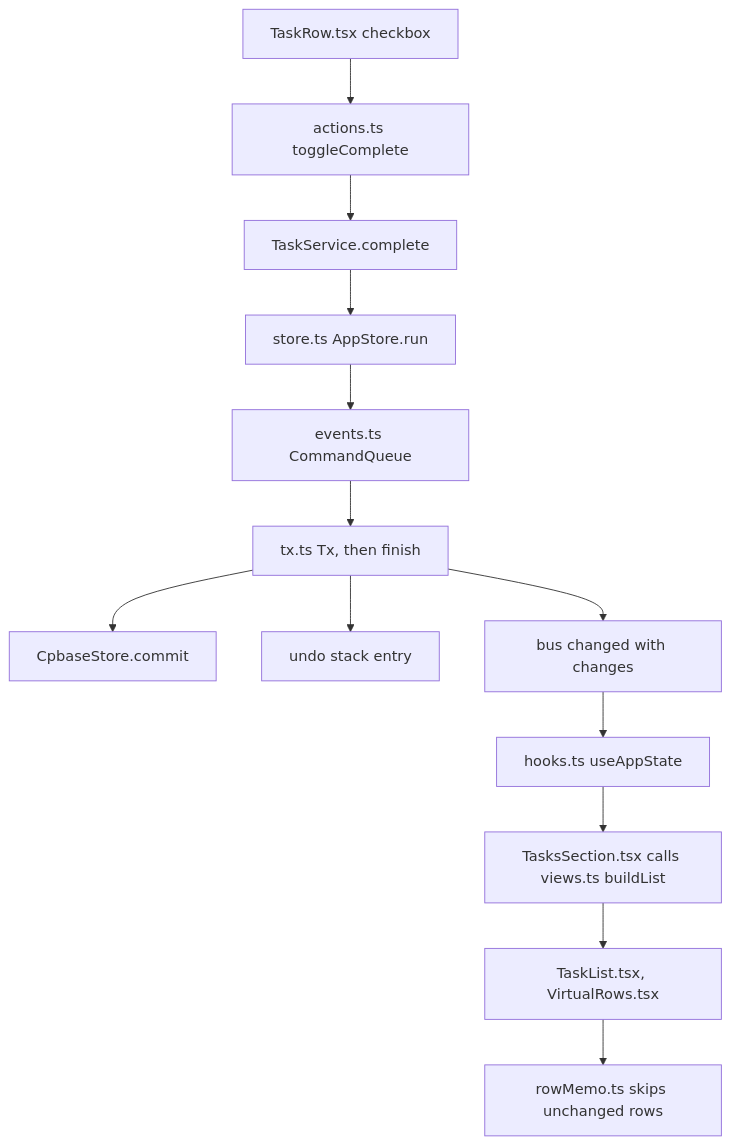
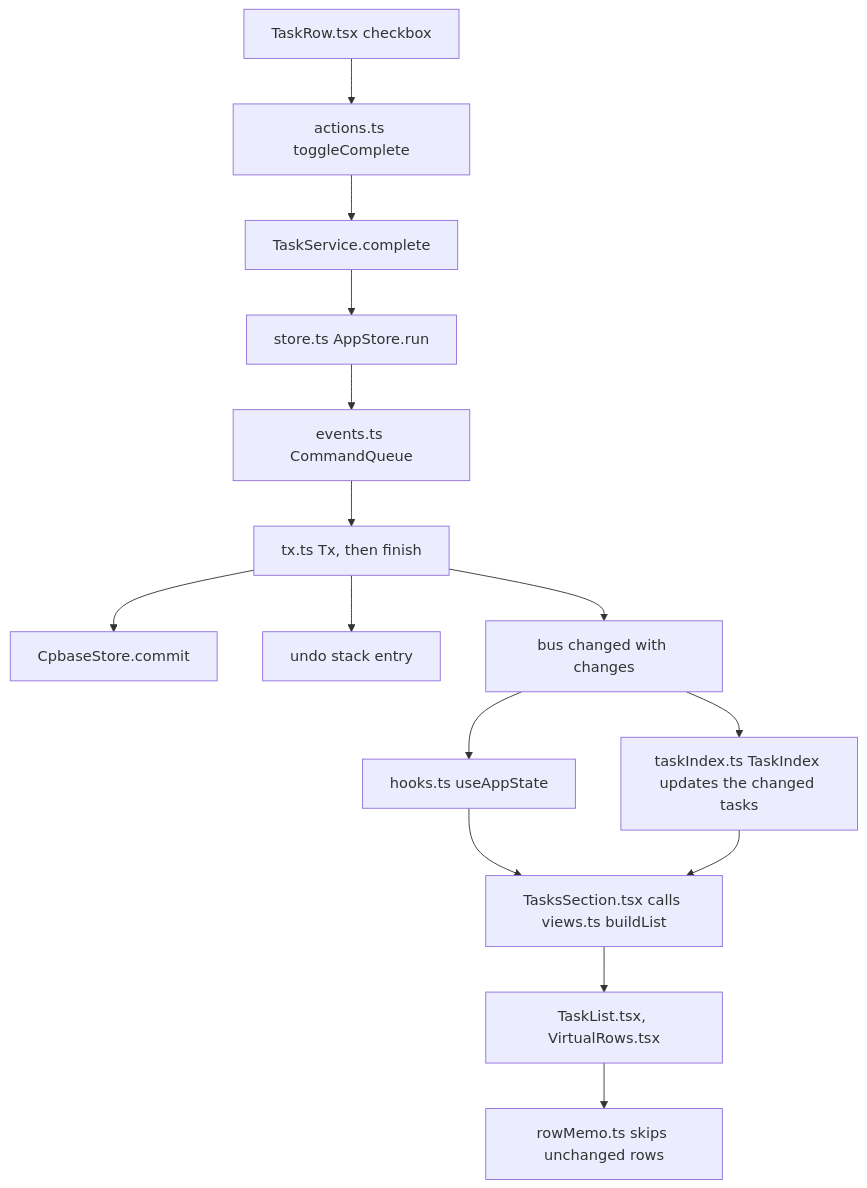
The second of 4 diagrams in docs/development/architecture.md (MHElnour/logwell), drawn with Mermaid before and after one commit. The commit also changed other lines of this file and 1 other file, not shown here.

Commit message:
Describe the task index in the architecture and performance notes (#41)

````diff
--- a/docs/development/architecture.md
+++ b/docs/development/architecture.md
@@ -46,15 +46,17 @@
 ```mermaid
 flowchart TD
   A[TaskRow.tsx checkbox] --> B[actions.ts toggleComplete]
   B --> C[TaskService.complete]
   C --> D[store.ts AppStore.run]
   D --> E[events.ts CommandQueue]
   E --> F[tx.ts Tx, then finish]
   F --> G[CpbaseStore.commit]
   F --> H[undo stack entry]
   F --> I[bus changed with changes]
+  I --> N[taskIndex.ts TaskIndex updates the changed tasks]
   I --> J[hooks.ts useAppState]
   J --> K[TasksSection.tsx calls views.ts buildList]
+  N --> K
   K --> L[TaskList.tsx, VirtualRows.tsx]
   L --> M[rowMemo.ts skips unchanged rows]
 ```
````
